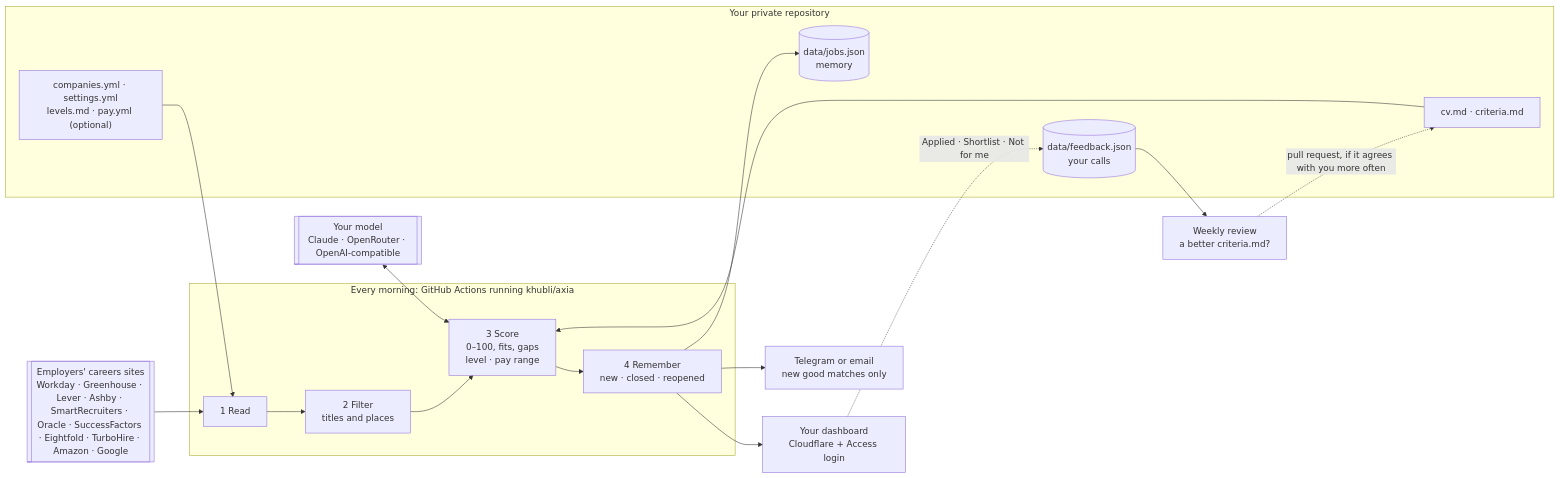
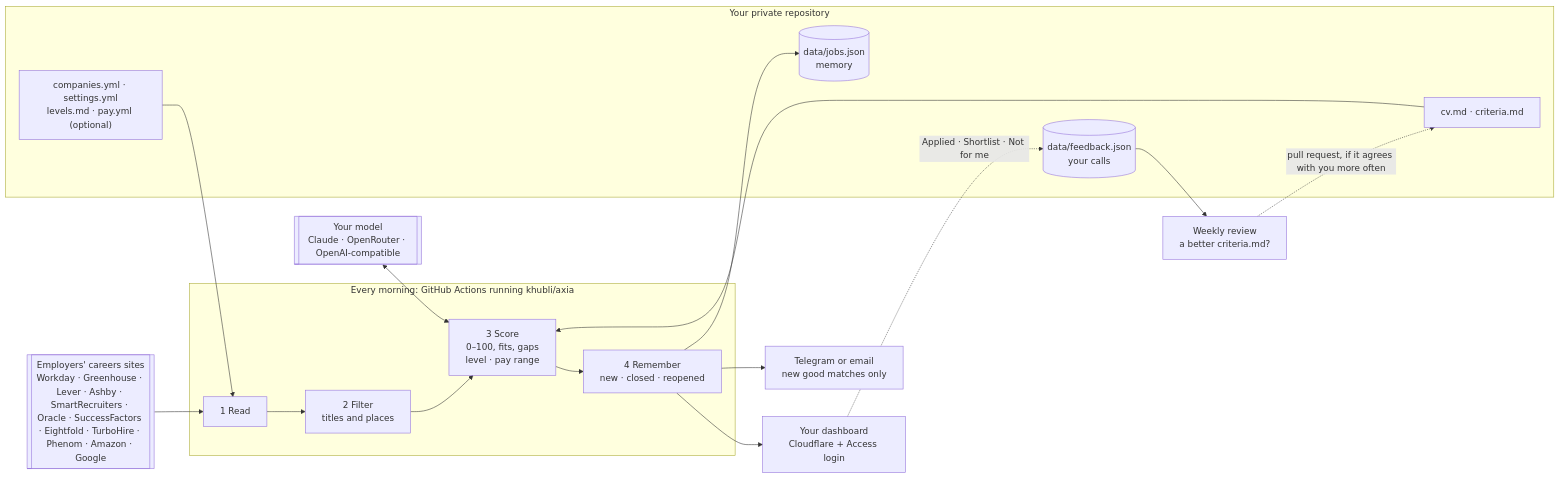
The diagram in docs/how-it-works.md (khubli/axia), drawn with Mermaid before and after one commit. The commit also changed other lines of this file and 11 other files, not shown here.

First line of the commit message:
Read Phenom career sites (platform: phenom) (1.16.0)

````diff
--- a/docs/how-it-works.md
+++ b/docs/how-it-works.md
@@ -5,24 +5,24 @@
 ```mermaid
 flowchart LR
   subgraph you["Your private repository"]
     cfg["companies.yml · settings.yml<br/>levels.md · pay.yml (optional)"]
     cv["cv.md · criteria.md"]
     mem[("data/jobs.json<br/>memory")]
     fb[("data/feedback.json<br/>your calls")]
   end
-  sites[["Employers' careers sites<br/>Workday · Greenhouse · Lever · Ashby · SmartRecruiters · Oracle · SuccessFactors · Eightfold · TurboHire · Amazon · Google"]]
+  sites[["Employers' careers sites<br/>Workday · Greenhouse · Lever · Ashby · SmartRecruiters · Oracle · SuccessFactors · Eightfold · TurboHire · Phenom · Amazon · Google"]]
   model[["Your model<br/>Claude · OpenRouter · OpenAI-compatible"]]
   subgraph run["Every morning: GitHub Actions running khubli/axia"]
     read["1 Read"] --> filter["2 Filter<br/>titles and places"] --> score["3 Score<br/>0–100, fits, gaps<br/>level · pay range"] --> remember["4 Remember<br/>new · closed · reopened"]
   end
   cfg --> read
   sites --> read
   cv --> score
   model <--> score
   remember --> mem
   remember --> dash["Your dashboard<br/>Cloudflare + Access login"]
   remember --> msg["Telegram or email<br/>new good matches only"]
   dash -. "Applied · Shortlist · Not for me" .-> fb
   fb --> review["Weekly review<br/>a better criteria.md?"]
   review -. "pull request, if it agrees with you more often" .-> cv
 ```
````
